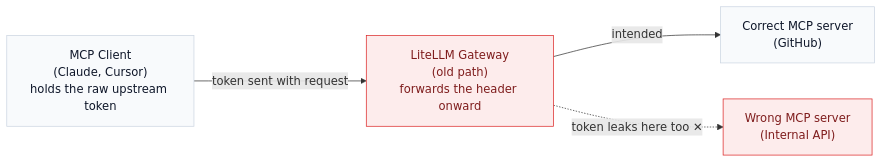
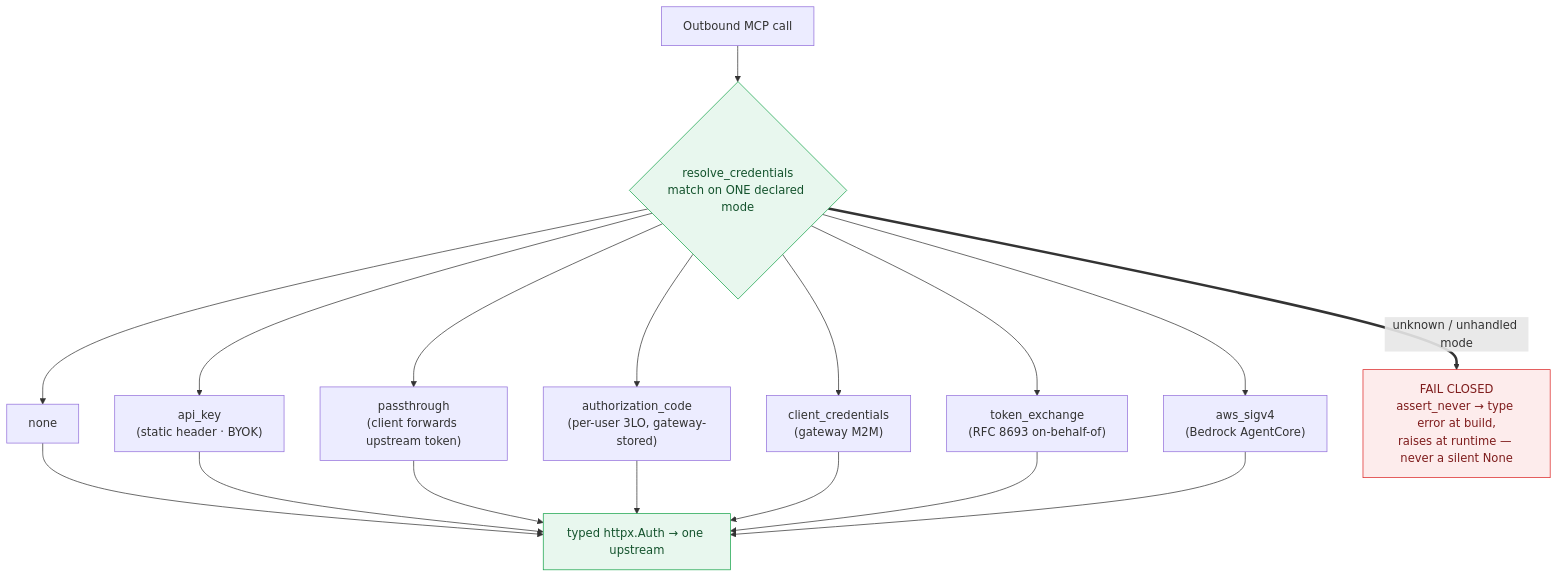
The second of 4 diagrams in blog/two_week_stability_update/index.md (doggy8088/litellm-docs), drawn with Mermaid before and after one commit. The commit also changed other lines of this file, not shown here.

First line of the commit message:
docs(blog): rework MCP diagram around the single typed credential resolver

````diff
--- a/blog/two_week_stability_update/index.md
+++ b/blog/two_week_stability_update/index.md
@@ -28,11 +43,17 @@
 ```mermaid
-flowchart LR
-  C["MCP Client<br/>(Claude, Cursor)<br/>holds the raw upstream token"]
-  C -->|token sent with request| G["LiteLLM Gateway<br/>(old path)<br/>forwards the header onward"]
-  G -->|intended| A["Correct MCP server<br/>(GitHub)"]
-  G -.->|token leaks here too ✕| B["Wrong MCP server<br/>(Internal API)"]
+flowchart TD
+  Req["Outbound MCP call"] --> R{"resolve_credentials<br/>match on ONE declared mode"}
+  R --> m1["none"]
+  R --> m2["api_key<br/>(static header · BYOK)"]
+  R --> m3["passthrough<br/>(client forwards upstream token)"]
+  R --> m4["authorization_code<br/>(per-user 3LO, gateway-stored)"]
+  R --> m5["client_credentials<br/>(gateway M2M)"]
+  R --> m6["token_exchange<br/>(RFC 8693 on-behalf-of)"]
+  R --> m7["aws_sigv4<br/>(Bedrock AgentCore)"]
+  R ==>|unknown / unhandled mode| X["FAIL CLOSED<br/>assert_never → type error at build,<br/>raises at runtime — never a silent None"]
+  m1 & m2 & m3 & m4 & m5 & m6 & m7 --> Auth["typed httpx.Auth → one upstream"]
+  classDef good fill:#e8f7ee,stroke:#16a34a,color:#14532d;
   classDef bad fill:#fdecec,stroke:#dc2626,color:#7f1d1d;
-  classDef ok fill:#f8fafc,stroke:#cbd5e1,color:#0f172a;
-  class B,G bad;
-  class A,C ok;
+  class R,Auth good;
+  class X bad;
 ```
````
